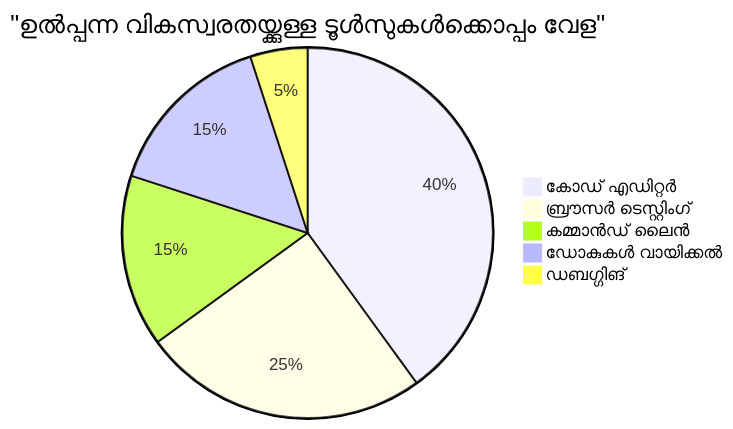
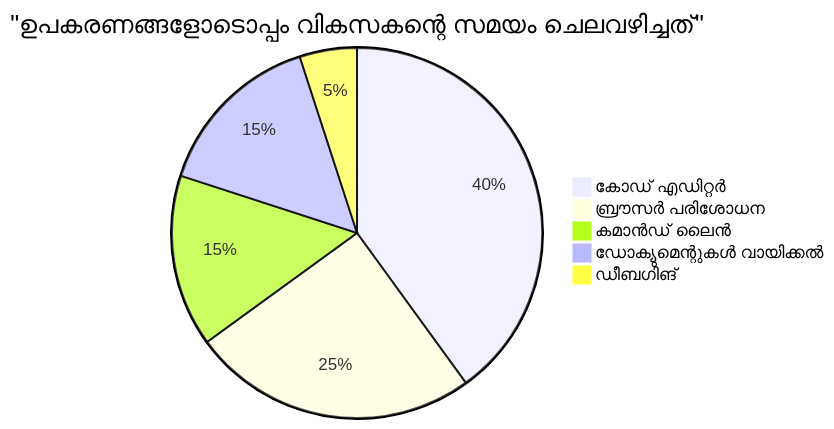
The sixth of 7 diagrams in translations/ml/1-getting-started-lessons/1-intro-to-programming-languages/README.md (microsoft/Web-Dev-For-Beginners), drawn with Mermaid before and after one commit. The commit also changed other lines of this file and 13 other files, not shown here.

````diff
--- a/translations/ml/1-getting-started-lessons/1-intro-to-programming-languages/README.md
+++ b/translations/ml/1-getting-started-lessons/1-intro-to-programming-languages/README.md
@@ -709,8 +713,8 @@
 ```mermaid
-pie title "ഉൽപ്പന്ന വികസ്വരതയ്ക്കുള്ള ടൂൾസുകൾക്കൊപ്പം വേള"
-    "കോഡ് എഡിറ്റർ" : 40
-    "ബ്രൗസർ ടെസ്റ്റിംഗ്" : 25
-    "കമ്മാൻഡ് ലൈൻ" : 15
-    "ഡോകുകൾ വായിക്കൽ" : 15
-    "ഡബഗ്ഗിങ്" : 5
-```  
+pie title "ഉപകരണങ്ങളോടൊപ്പം വികസകന്റെ സമയം ചെലവഴിച്ചത്"
+    "കോഡ് എഡിറ്റർ" : 40
+    "ബ്രൗസർ പരിശോധന" : 25
+    "കമാൻഡ് ലൈൻ" : 15
+    "ഡോക്യുമെന്റുകൾ വായിക്കൽ" : 15
+    "ഡീബഗിങ്" : 5
+```
````
